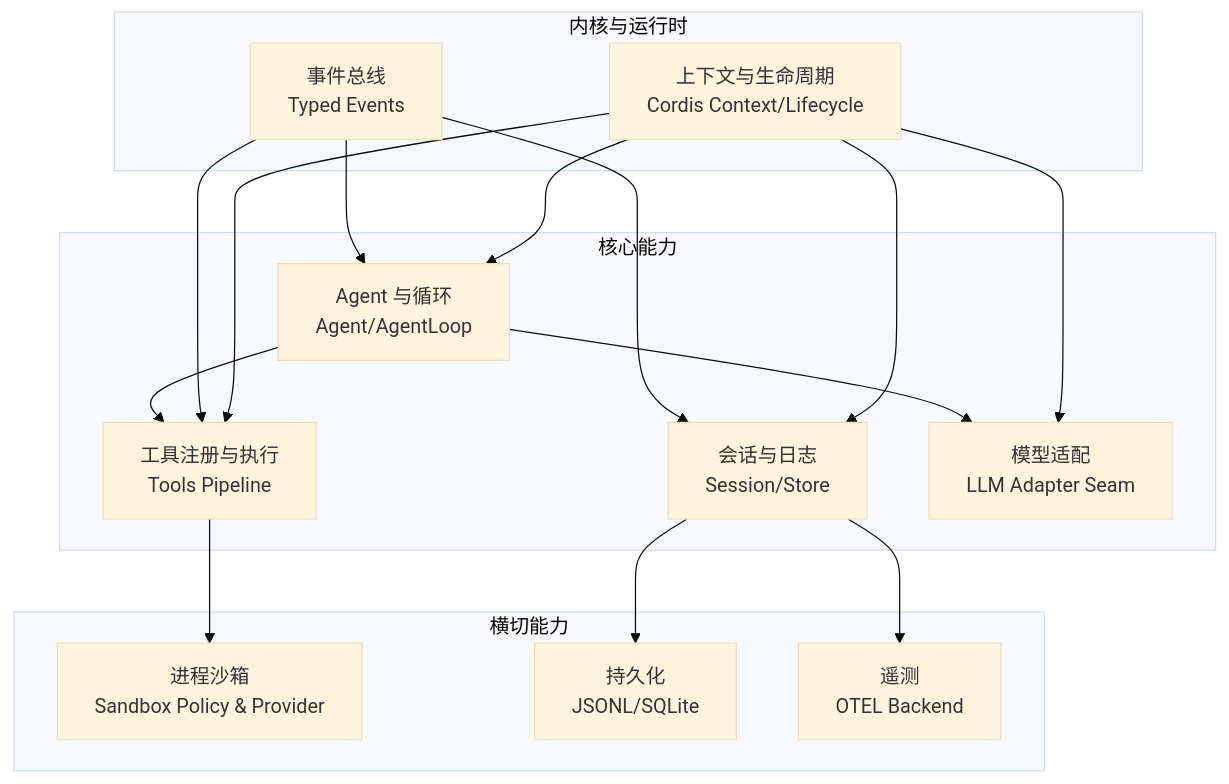
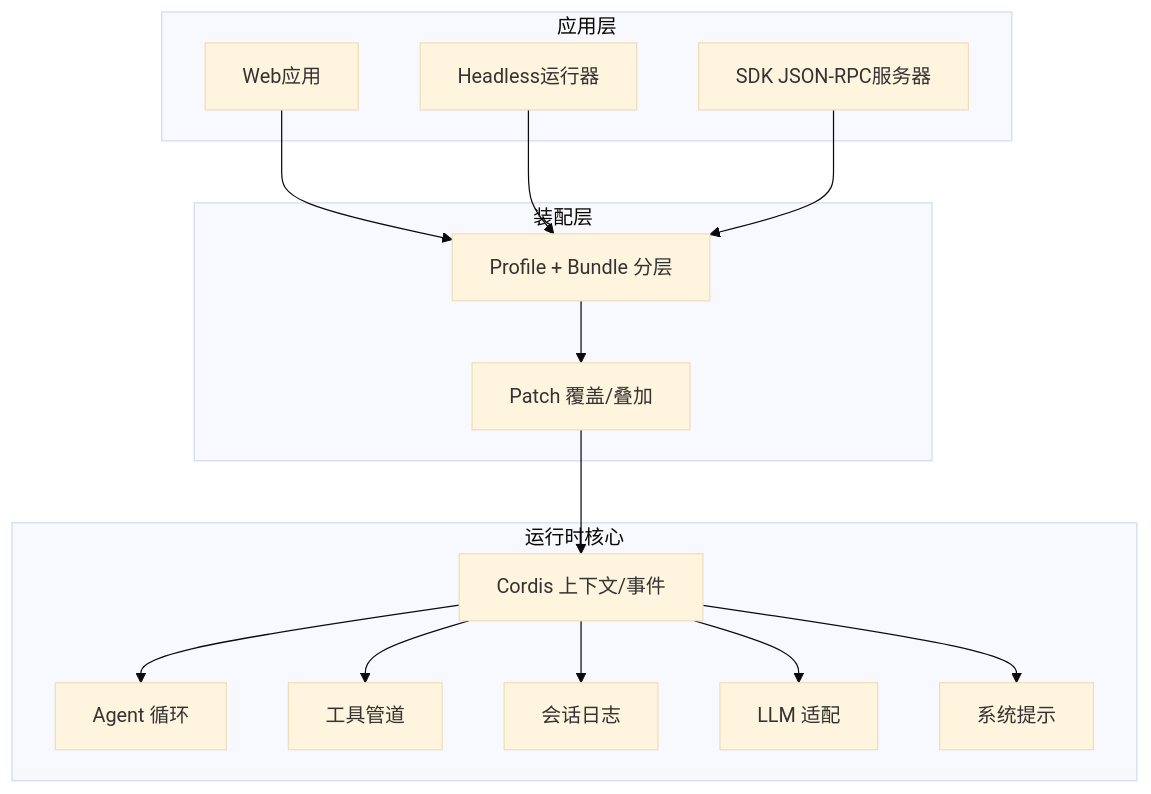
The second of 8 diagrams in .qoder/repowiki/zh/content/架构设计/架构设计.md (frendyxzc/deepseek-harness), drawn with Mermaid (base theme) before and after one commit. The commit also changed other lines of this file and 448 other files, not shown here.

````diff
--- a/.qoder/repowiki/zh/content/架构设计/架构设计.md
+++ b/.qoder/repowiki/zh/content/架构设计/架构设计.md
@@ -80,30 +78,30 @@
 ```mermaid
 graph TB
-subgraph "内核与运行时"
-Ctx["上下文与生命周期<br/>Cordis Context/Lifecycle"]
-Events["事件总线<br/>Typed Events"]
+subgraph "应用层"
+Web["Web应用"]
+Headless["Headless运行器"]
+SDK["SDK JSON-RPC服务器"]
 end
-subgraph "核心能力"
-Agent["Agent 与循环<br/>Agent/AgentLoop"]
-Session["会话与日志<br/>Session/Store"]
-Tools["工具注册与执行<br/>Tools Pipeline"]
-LLM["模型适配<br/>LLM Adapter Seam"]
+subgraph "装配层"
+Profile["Profile + Bundle 分层"]
+Patch["Patch 覆盖/叠加"]
 end
-subgraph "横切能力"
-Sandbox["进程沙箱<br/>Sandbox Policy & Provider"]
-Persist["持久化<br/>JSONL/SQLite"]
-Telemetry["遥测<br/>OTEL Backend"]
+subgraph "运行时核心"
+Cordis["Cordis 上下文/事件"]
+AgentLoop["Agent 循环"]
+Tools["工具管道"]
+Session["会话日志"]
+LLM["LLM 适配"]
+Prompt["系统提示"]
 end
-Ctx --> Agent
-Ctx --> Session
-Ctx --> Tools
-Ctx --> LLM
-Events --> Agent
-Events --> Session
-Events --> Tools
-Agent --> Tools
-Agent --> LLM
-Session --> Persist
-Tools --> Sandbox
-Session --> Telemetry
+Web --> Profile
+Headless --> Profile
+SDK --> Profile
+Profile --> Patch
+Patch --> Cordis
+Cordis --> AgentLoop
+Cordis --> Tools
+Cordis --> Session
+Cordis --> LLM
+Cordis --> Prompt
 ```
````
